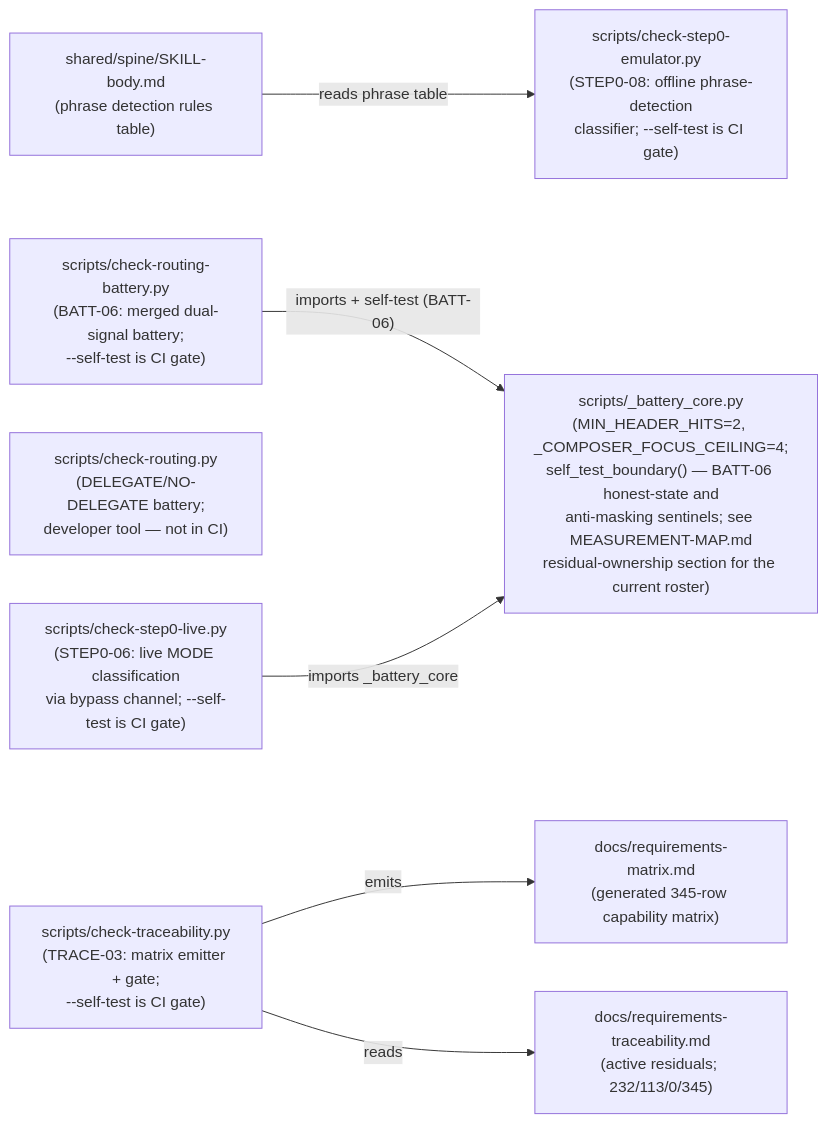
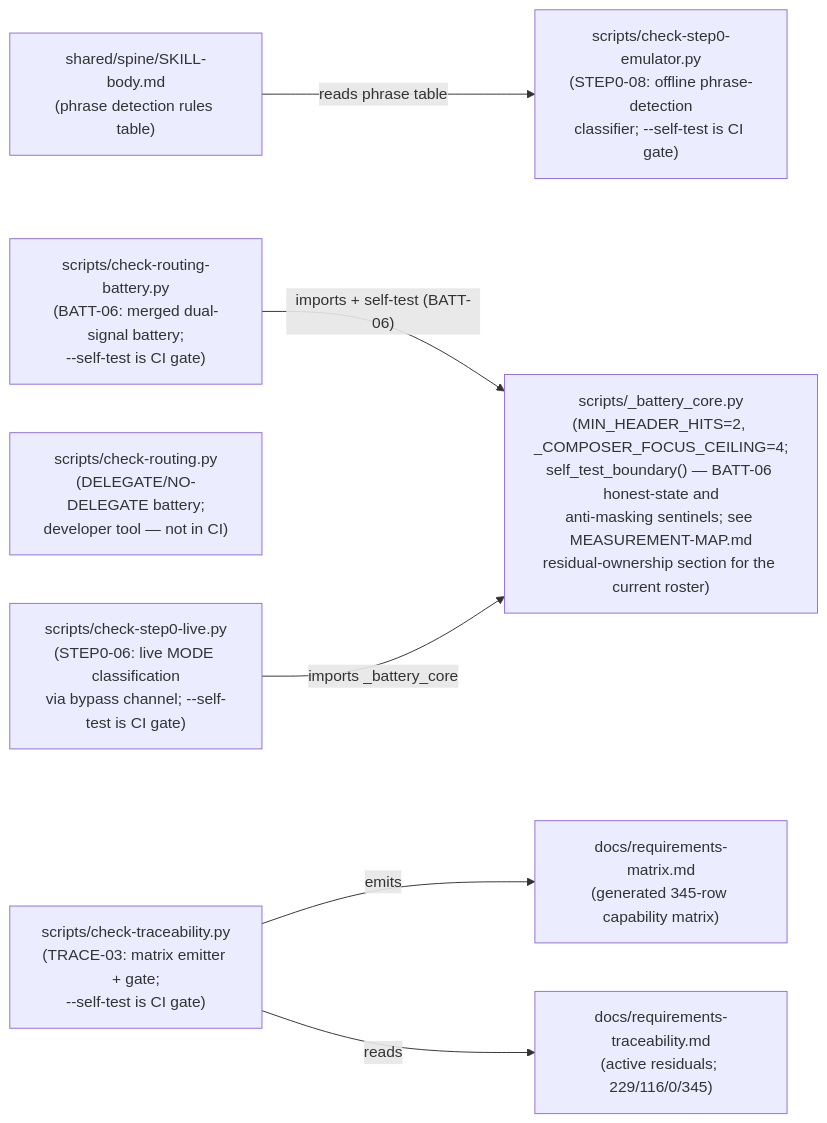
One commit to chrisdavidson/first-principles-skill changed the second of 2 diagrams in docs/COMPONENT-DIAGRAM.md. Above: the diagram before and after it, drawn with Mermaid. The commit also changed 10 other files, not shown here.

````diff
--- a/docs/COMPONENT-DIAGRAM.md
+++ b/docs/COMPONENT-DIAGRAM.md
@@ -84,24 +84,24 @@
 ```mermaid
 flowchart LR
     SKILLBODY["shared/spine/SKILL-body.md\n(phrase detection rules table)"]
 
     CORE["scripts/_battery_core.py\n(MIN_HEADER_HITS=2, _COMPOSER_FOCUS_CEILING=4;\nself_test_boundary() — BATT-06 honest-state and\nanti-masking sentinels; see MEASUREMENT-MAP.md\nresidual-ownership section for the current roster)"]
 
     BATT["scripts/check-routing-battery.py\n(BATT-06: merged dual-signal battery;\n--self-test is CI gate)"]
     ROUTING["scripts/check-routing.py\n(DELEGATE/NO-DELEGATE battery;\ndeveloper tool — not in CI)"]
 
     EMU["scripts/check-step0-emulator.py\n(STEP0-08: offline phrase-detection\nclassifier; --self-test is CI gate)"]
     LIVE["scripts/check-step0-live.py\n(STEP0-06: live MODE classification\nvia bypass channel; --self-test is CI gate)"]
 
     TRACE["scripts/check-traceability.py\n(TRACE-03: matrix emitter + gate;\n--self-test is CI gate)"]
     MATRIX["docs/requirements-matrix.md\n(generated 345-row capability matrix)"]
-    TRACEABILITY["docs/requirements-traceability.md\n(active residuals; 232/113/0/345)"]
+    TRACEABILITY["docs/requirements-traceability.md\n(active residuals; 229/116/0/345)"]
 
     SKILLBODY -->|"reads phrase table"| EMU
 
     BATT -->|"imports + self-test (BATT-06)"| CORE
     LIVE -->|"imports _battery_core"| CORE
 
     TRACE -->|"emits"| MATRIX
     TRACE -->|"reads"| TRACEABILITY
 ```
````
